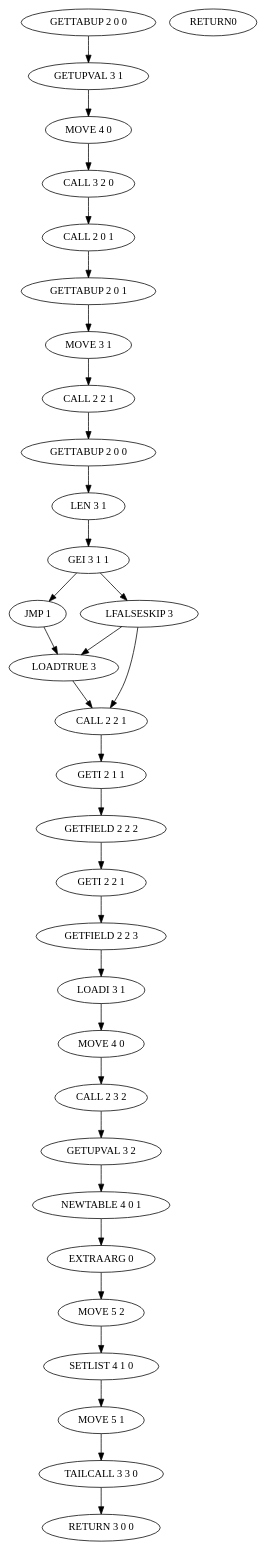
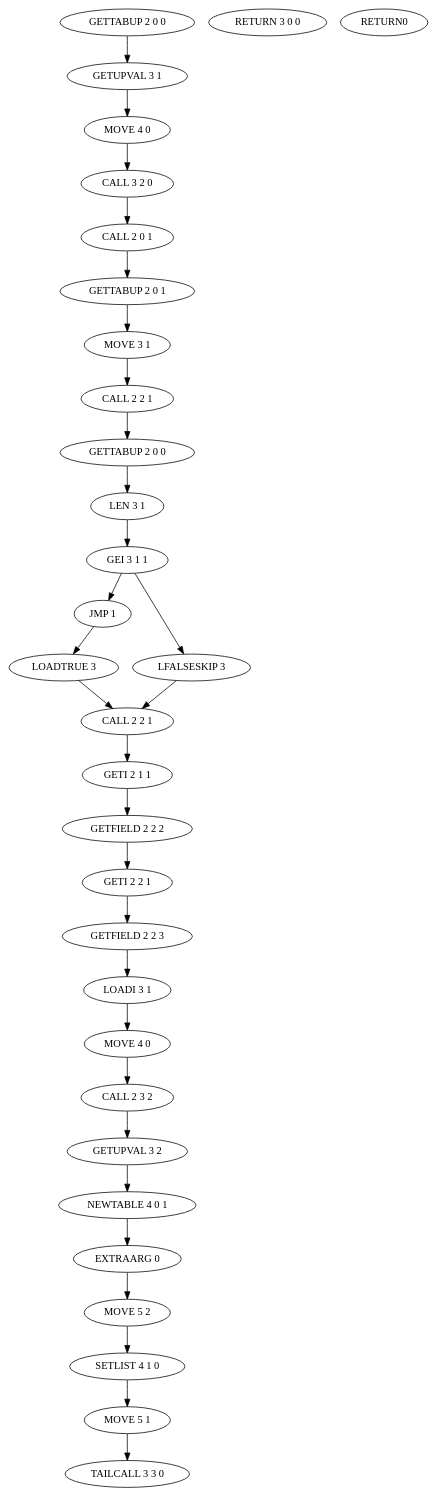
Before and after one commit to martin-eden/Lua-Callgraph: the diagram in output/dot/test.lua.4.dot, drawn with Graphviz. The commit also changed 8 other files, not shown here.

```diff
--- a/output/dot/test.lua.4.dot
+++ b/output/dot/test.lua.4.dot
@@ -1,43 +1,43 @@
 strict digraph "test.lua.4"
 {
    "01" -> "02" -> "03" -> "04" -> "05" -> "06" ->
       "07" -> "08" -> "09" -> "10" -> "11" -> { "12" "13" };
    "12" -> "14";
-   "13" -> { "14" "15" };
+   "13" -> "15";
    "14" -> "15";
    "15" -> "16" -> "17" -> "18" -> "19" -> "20" ->
       "21" -> "22" -> "23" -> "24" -> "25" -> "26" ->
-      "27" -> "28" -> "29" -> "30";
+      "27" -> "28" -> "29";
 
    "01" [ label = "GETTABUP 2 0 0" ];
    "02" [ label = "GETUPVAL 3 1" ];
    "03" [ label = "MOVE 4 0" ];
    "04" [ label = "CALL 3 2 0" ];
    "05" [ label = "CALL 2 0 1" ];
    "06" [ label = "GETTABUP 2 0 1" ];
    "07" [ label = "MOVE 3 1" ];
    "08" [ label = "CALL 2 2 1" ];
    "09" [ label = "GETTABUP 2 0 0" ];
    "10" [ label = "LEN 3 1" ];
    "11" [ label = "GEI 3 1 1" ];
    "12" [ label = "JMP 1" ];
    "13" [ label = "LFALSESKIP 3" ];
    "14" [ label = "LOADTRUE 3" ];
    "15" [ label = "CALL 2 2 1" ];
    "16" [ label = "GETI 2 1 1" ];
    "17" [ label = "GETFIELD 2 2 2" ];
    "18" [ label = "GETI 2 2 1" ];
    "19" [ label = "GETFIELD 2 2 3" ];
    "20" [ label = "LOADI 3 1" ];
    "21" [ label = "MOVE 4 0" ];
    "22" [ label = "CALL 2 3 2" ];
    "23" [ label = "GETUPVAL 3 2" ];
    "24" [ label = "NEWTABLE 4 0 1" ];
    "25" [ label = "EXTRAARG 0" ];
    "26" [ label = "MOVE 5 2" ];
    "27" [ label = "SETLIST 4 1 0" ];
    "28" [ label = "MOVE 5 1" ];
    "29" [ label = "TAILCALL 3 3 0" ];
    "30" [ label = "RETURN 3 0 0" ];
    "31" [ label = "RETURN0" ];
 }
```
